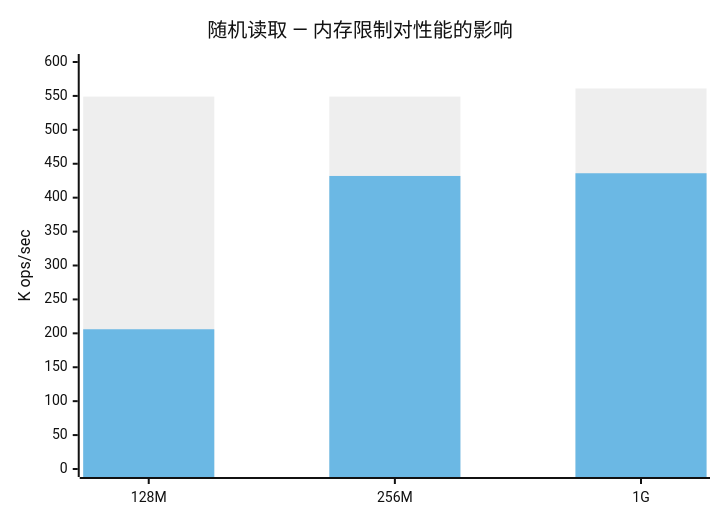
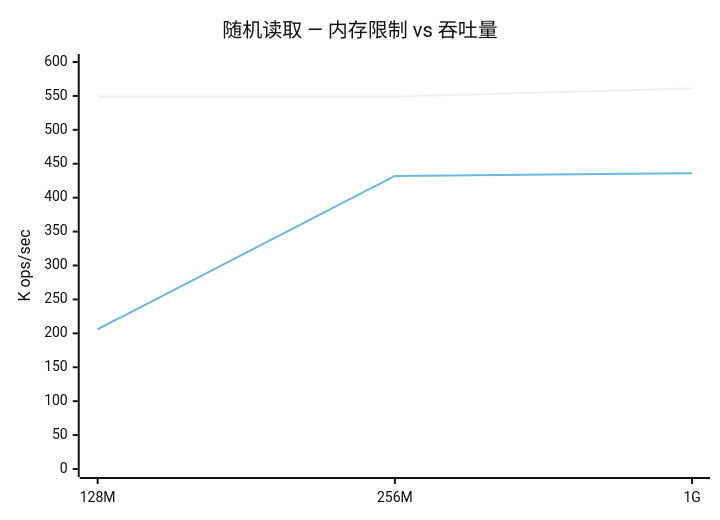
Before and after one commit to bangbang93/playground.js: the second of 16 diagrams in packages/db-bench/README.md, drawn with Mermaid (neutral theme). The commit also changed other lines of this file, not shown here.

First line of the commit message:
docs(db-bench): replace stacked bars with ratio lines in Mermaid charts

````diff
--- a/packages/db-bench/README.md
+++ b/packages/db-bench/README.md
@@ -205,8 +204,8 @@
 ```mermaid
 xychart-beta
-    title "随机读取 — 内存限制对性能的影响"
+    title "随机读取 — 内存限制 vs 吞吐量"
     x-axis ["128M", "256M", "1G"]
     y-axis "K ops/sec" 0 --> 600
-    bar [549, 549, 561]
-    bar [206, 432, 436]
+    line [549, 549, 561]
+    line [206, 432, 436]
 ```
````
